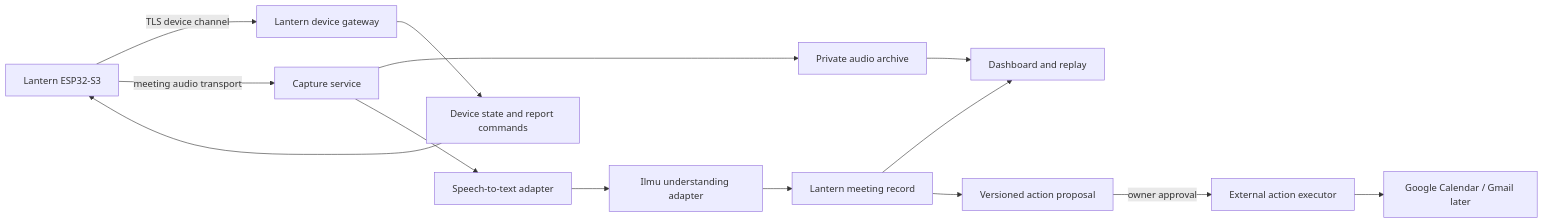
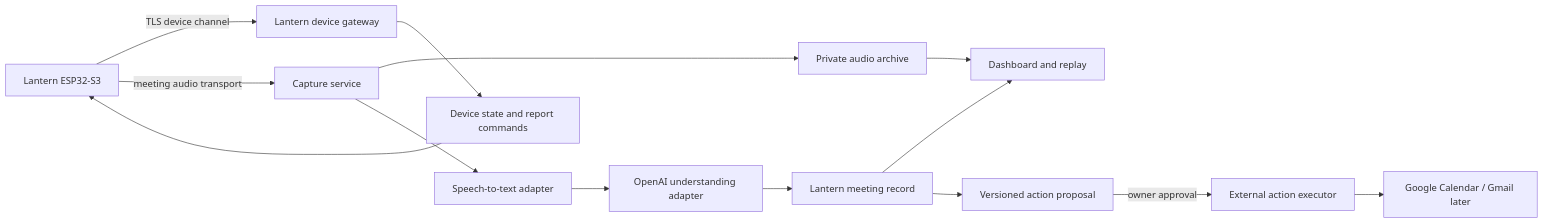
Before and after one commit to NathanHor22/Roxanne: the diagram in LANTERN_SYSTEM_SPEC.md, drawn with Mermaid. The commit also changed other lines of this file and 46 other files, not shown here.

````diff
--- a/LANTERN_SYSTEM_SPEC.md
+++ b/LANTERN_SYSTEM_SPEC.md
@@ -124,16 +124,16 @@
 ```mermaid
 flowchart LR
     H[Lantern ESP32-S3] -->|TLS device channel| G[Lantern device gateway]
     H -->|meeting audio transport| C[Capture service]
     C --> A[Private audio archive]
     C --> T[Speech-to-text adapter]
-    T --> I[Ilmu understanding adapter]
+    T --> I[OpenAI understanding adapter]
     I --> R[Lantern meeting record]
     R --> D[Dashboard and replay]
     R --> P[Versioned action proposal]
     P -->|owner approval| X[External action executor]
     X --> GC[Google Calendar / Gmail later]
     A --> D
     G --> E[Device state and report commands]
     E --> H
 ```
````
